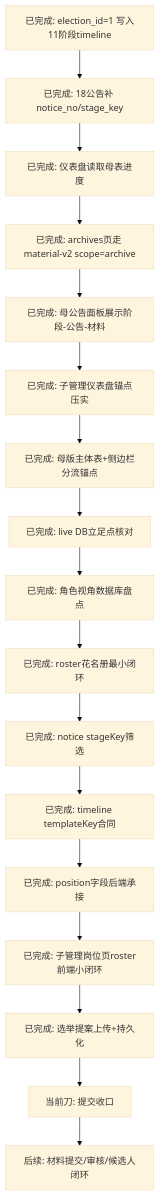
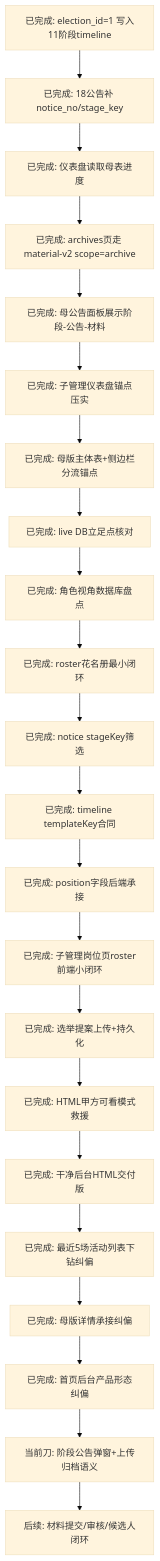
One commit to 4xiaxia/election-v2 changed the third of 7 diagrams in 副船长的航海接力日志/当前接力图.md. Above: the diagram before and after it, drawn with Mermaid (base theme). The commit also changed other lines of this file and 13 other files, not shown here.

````diff
--- a/副船长的航海接力日志/当前接力图.md
+++ b/副船长的航海接力日志/当前接力图.md
@@ -49,19 +54,24 @@
 ```mermaid
 flowchart TD
     A[已完成: election_id=1 写入11阶段timeline] --> B[已完成: 18公告补 notice_no/stage_key]
     B --> C[已完成: 仪表盘读取母表进度]
     C --> D[已完成: archives页走 material-v2 scope=archive]
     D --> E[已完成: 母公告面板展示阶段-公告-材料]
     E --> F[已完成: 子管理仪表盘锚点压实]
     F --> G[已完成: 母版主体表+侧边栏分流锚点]
     G --> H[已完成: live DB立足点核对]
     H --> I[已完成: 角色视角数据库盘点]
     I --> J[已完成: roster花名册最小闭环]
     J --> K[已完成: notice stageKey筛选]
     K --> L[已完成: timeline templateKey合同]
     L --> M[已完成: position字段后端承接]
     M --> N[已完成: 子管理岗位页roster前端小闭环]
     N --> O[已完成: 选举提案上传+持久化]
-    O --> P[当前刀: 提交收口]
-    P --> Q[后续: 材料提交/审核/候选人闭环]
+    O --> P[已完成: HTML甲方可看模式救援]
+    P --> Q[已完成: 干净后台HTML交付版]
+    Q --> R[已完成: 最近5场活动列表下钻纠偏]
+    R --> S[已完成: 母版详情承接纠偏]
+    S --> T[已完成: 首页后台产品形态纠偏]
+    T --> U[当前刀: 阶段公告弹窗+上传归档语义]
+    U --> V[后续: 材料提交/审核/候选人闭环]
 ```
````
